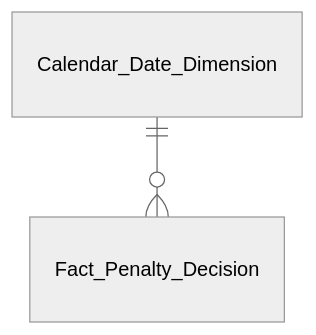
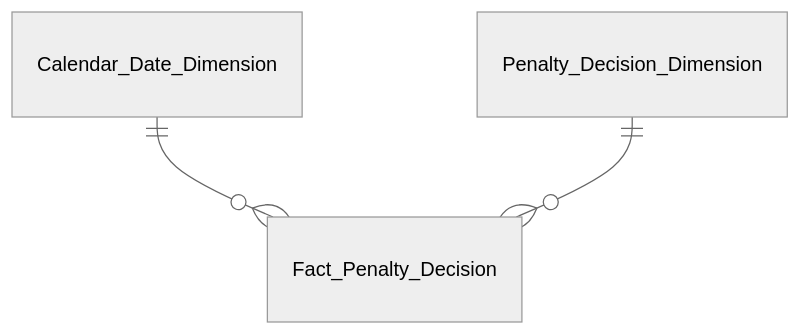
Before and after one commit to linhlvit/ubck_atomic_design: the fifth of 8 diagrams in Datamart/hld/DTM_TT_Entities.md, drawn with Mermaid (neutral theme). The commit also changed other lines of this file and 27 other files, not shown here.

````diff
--- a/Datamart/hld/DTM_TT_Entities.md
+++ b/Datamart/hld/DTM_TT_Entities.md
@@ -85,4 +93,5 @@
 ```mermaid
 erDiagram
     Calendar_Date_Dimension ||--o{ Fact_Penalty_Decision : " "
+    Penalty_Decision_Dimension ||--o{ Fact_Penalty_Decision : " "
 ```
````
